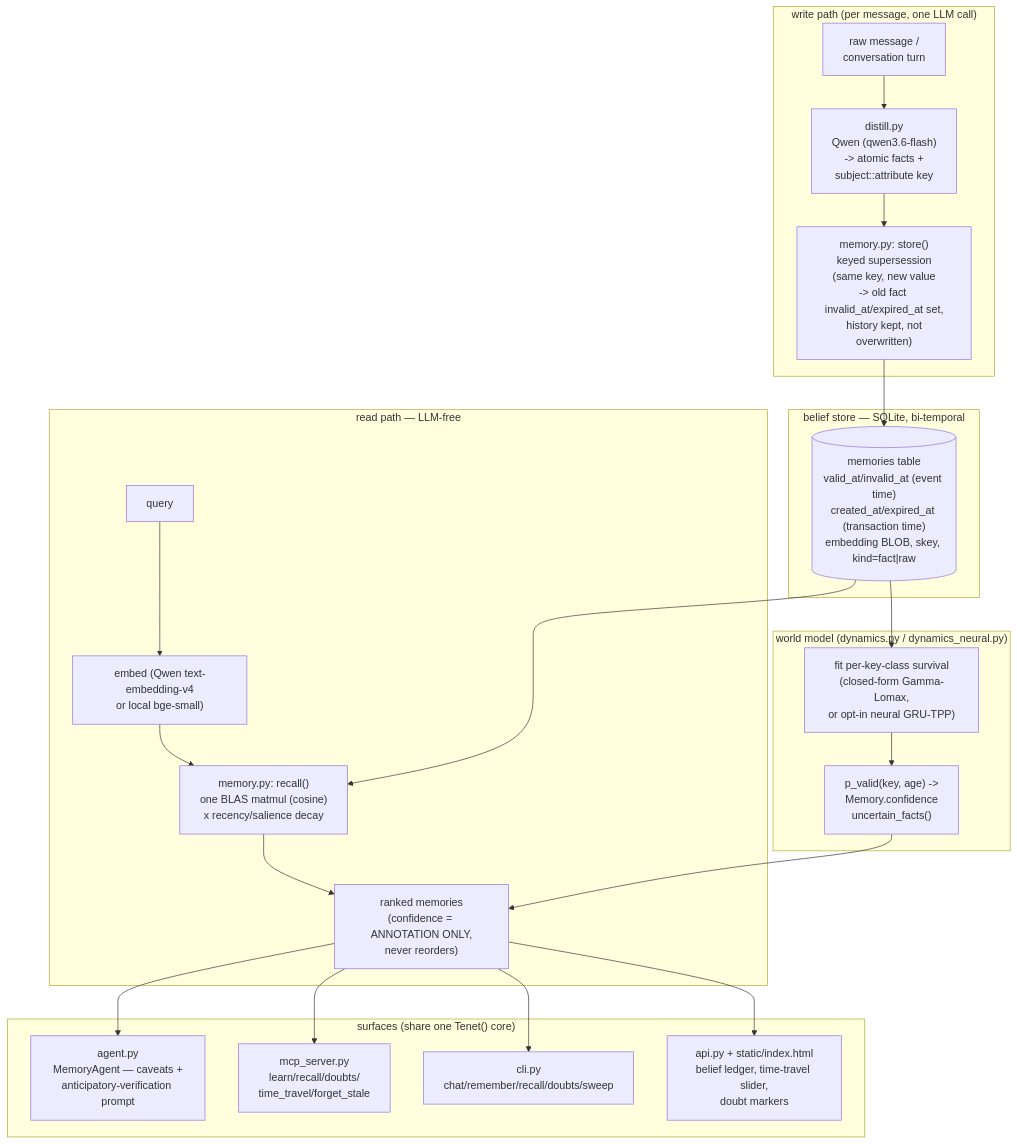
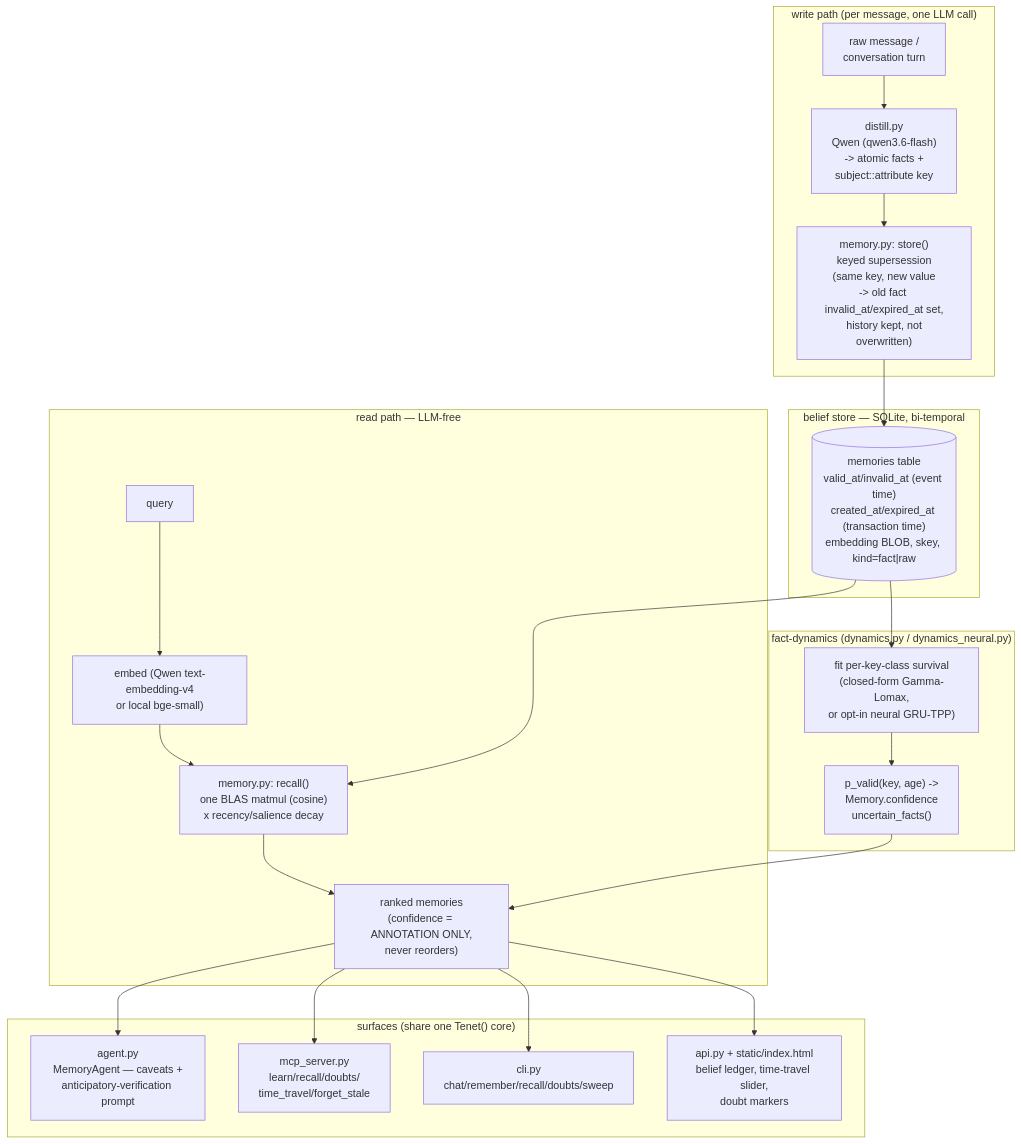
Before and after one commit to Nas01010101/tenet: the diagram in docs/ARCHITECTURE.md, drawn with Mermaid. The commit also changed other lines of this file and 25 other files, not shown here.

````diff
--- a/docs/ARCHITECTURE.md
+++ b/docs/ARCHITECTURE.md
@@ -8,31 +8,31 @@
 ```mermaid
 flowchart TB
     subgraph write["write path (per message, one LLM call)"]
         MSG["raw message /\nconversation turn"] --> DIST["distill.py\nQwen (qwen3.6-flash)\n-> atomic facts +\n subject::attribute key"]
         DIST --> SUPER["memory.py: store()\nkeyed supersession\n(same key, new value\n-> old fact invalid_at/expired_at set,\n history kept, not overwritten)"]
     end
 
     subgraph store["belief store — SQLite, bi-temporal"]
         SUPER --> LEDGER[("memories table\nvalid_at/invalid_at (event time)\ncreated_at/expired_at (transaction time)\nembedding BLOB, skey, kind=fact|raw")]
     end
 
     subgraph read["read path — LLM-free"]
         Q["query"] --> EMB["embed (Qwen text-embedding-v4\nor local bge-small)"]
         EMB --> MATMUL["memory.py: recall()\none BLAS matmul (cosine)\n x recency/salience decay"]
         LEDGER --> MATMUL
         MATMUL --> RANK["ranked memories\n(confidence = ANNOTATION ONLY,\nnever reorders)"]
     end
 
-    subgraph wm["world model (dynamics.py / dynamics_neural.py)"]
+    subgraph wm["fact-dynamics (dynamics.py / dynamics_neural.py)"]
         LEDGER --> FIT["fit per-key-class survival\n(closed-form Gamma-Lomax,\nor opt-in neural GRU-TPP)"]
         FIT --> CONF["p_valid(key, age) ->\nMemory.confidence\nuncertain_facts()"]
         CONF --> RANK
     end
 
     subgraph surfaces["surfaces (share one Tenet() core)"]
         RANK --> AGENT["agent.py\nMemoryAgent — caveats +\nanticipatory-verification prompt"]
         RANK --> MCP["mcp_server.py\nlearn/recall/doubts/\ntime_travel/forget_stale"]
         RANK --> CLI["cli.py\nchat/remember/recall/doubts/sweep"]
         RANK --> WEB["api.py + static/index.html\nbelief ledger, time-travel slider,\ndoubt markers"]
     end
 ```
````
